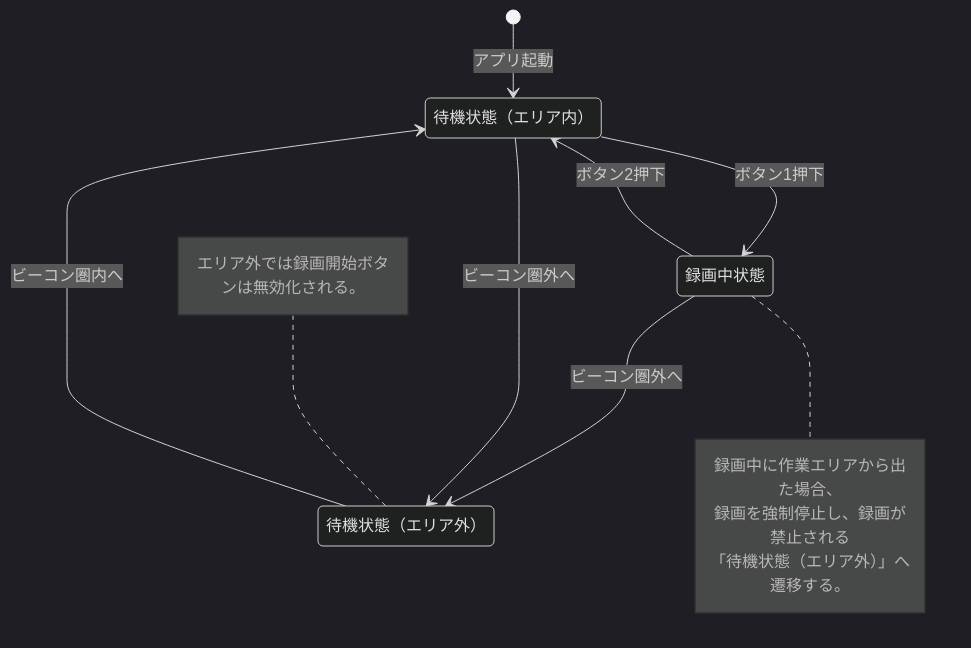
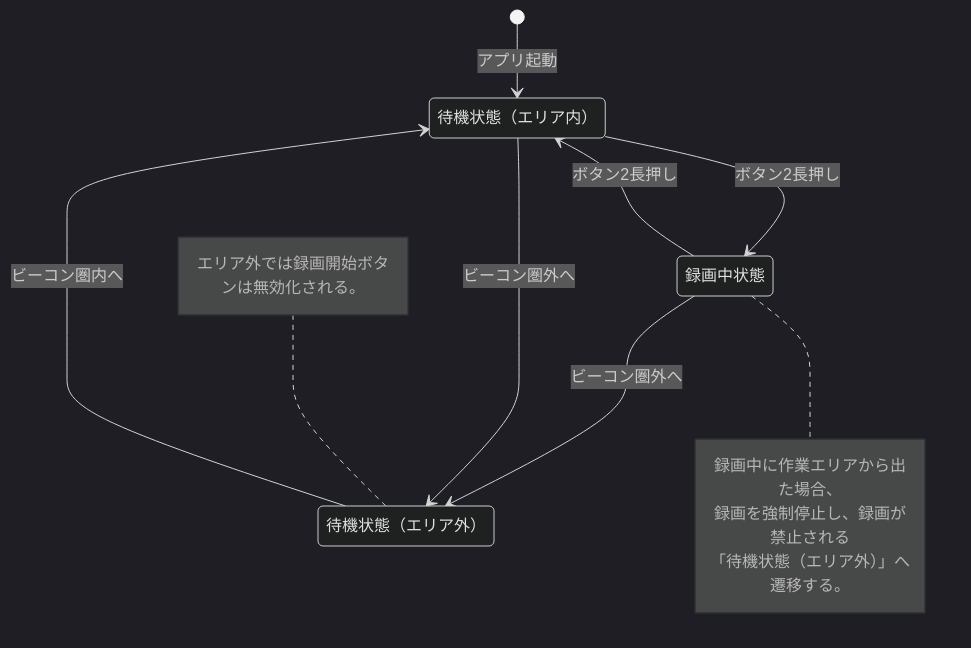
One commit to yyren7/thinklet.fivechannel.video.recorder changed the second of 3 diagrams in docs/android_spec.md. Above: the diagram before and after it, drawn with Mermaid (dark theme). The commit also changed other lines of this file, not shown here.

Commit message:
更新Android规格文档，修改录制控制功能的按钮操作描述，明确待机状态和录制状态下的音量调节及状态反馈，优化状态迁移图以反映最新的操作逻辑。

````diff
--- a/docs/android_spec.md
+++ b/docs/android_spec.md
@@ -191,20 +205,20 @@
 ```mermaid
 stateDiagram-v2
     [*] --> 待機状態（エリア内）: アプリ起動
-    待機状態（エリア内） --> 録画中状態: ボタン1押下
-    録画中状態 --> 待機状態（エリア内）: ボタン2押下
+    待機状態（エリア内） --> 録画中状態: ボタン2長押し
+    録画中状態 --> 待機状態（エリア内）: ボタン2長押し
 
     録画中状態 --> 待機状態（エリア外）: ビーコン圏外へ
     note right of 録画中状態
         録画中に作業エリアから出た場合、
         録画を強制停止し、録画が禁止される
         「待機状態（エリア外）」へ遷移する。
     end note
 
     待機状態（エリア内） --> 待機状態（エリア外）: ビーコン圏外へ
     note left of 待機状態（エリア外）
         エリア外では録画開始ボタンは無効化される。
     end note
 
     待機状態（エリア外） --> 待機状態（エリア内）: ビーコン圏内へ
 ```
````
